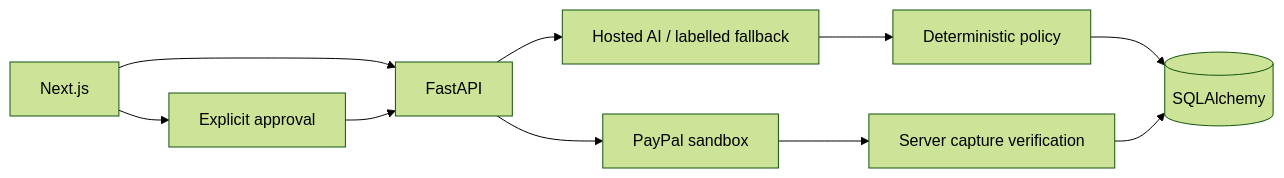
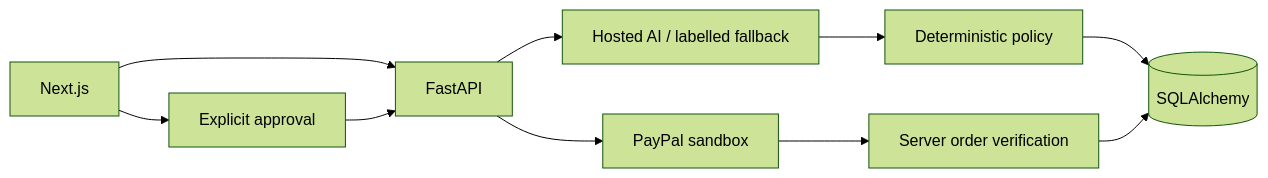
One commit to tauqxxr7/agentpay-guard changed the diagram in README.md. Above: the diagram before and after it, drawn with Mermaid (forest theme). The commit also changed other lines of this file and 10 other files, not shown here.

````diff
--- a/README.md
+++ b/README.md
@@ -64,12 +64,12 @@
 ```mermaid
 flowchart LR
   UI[Next.js] --> API[FastAPI]
   API --> AI[Hosted AI / labelled fallback]
   AI --> Policy[Deterministic policy]
   Policy --> DB[(SQLAlchemy)]
   UI --> Human[Explicit approval]
   Human --> API
   API --> PayPal[PayPal sandbox]
-  PayPal --> Verify[Server capture verification]
+  PayPal --> Verify[Server order verification]
   Verify --> DB
 ```
````
